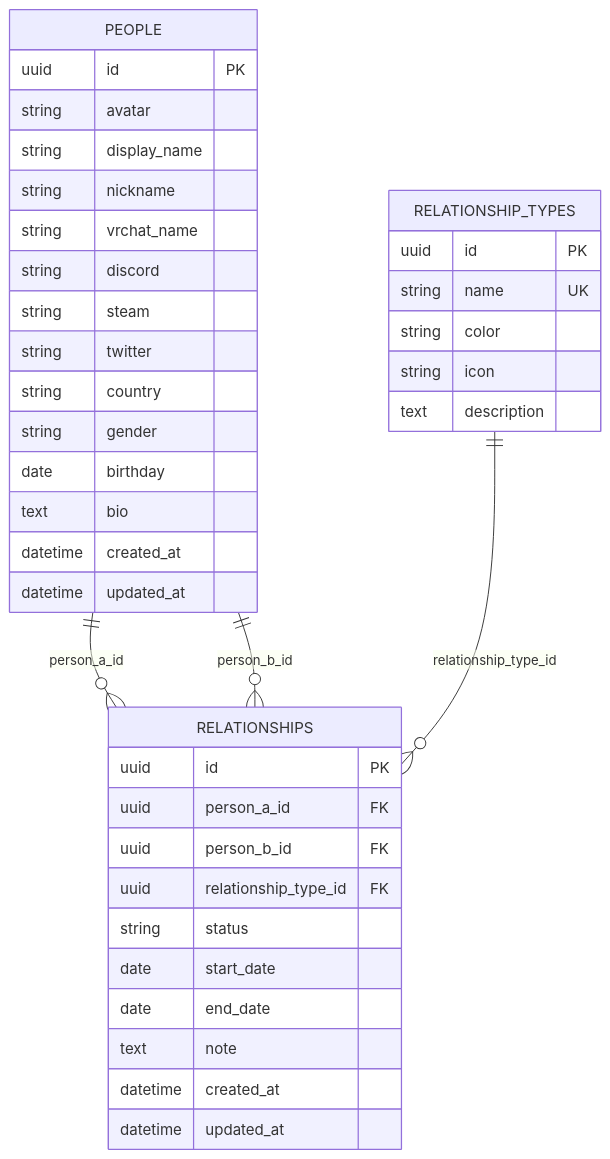
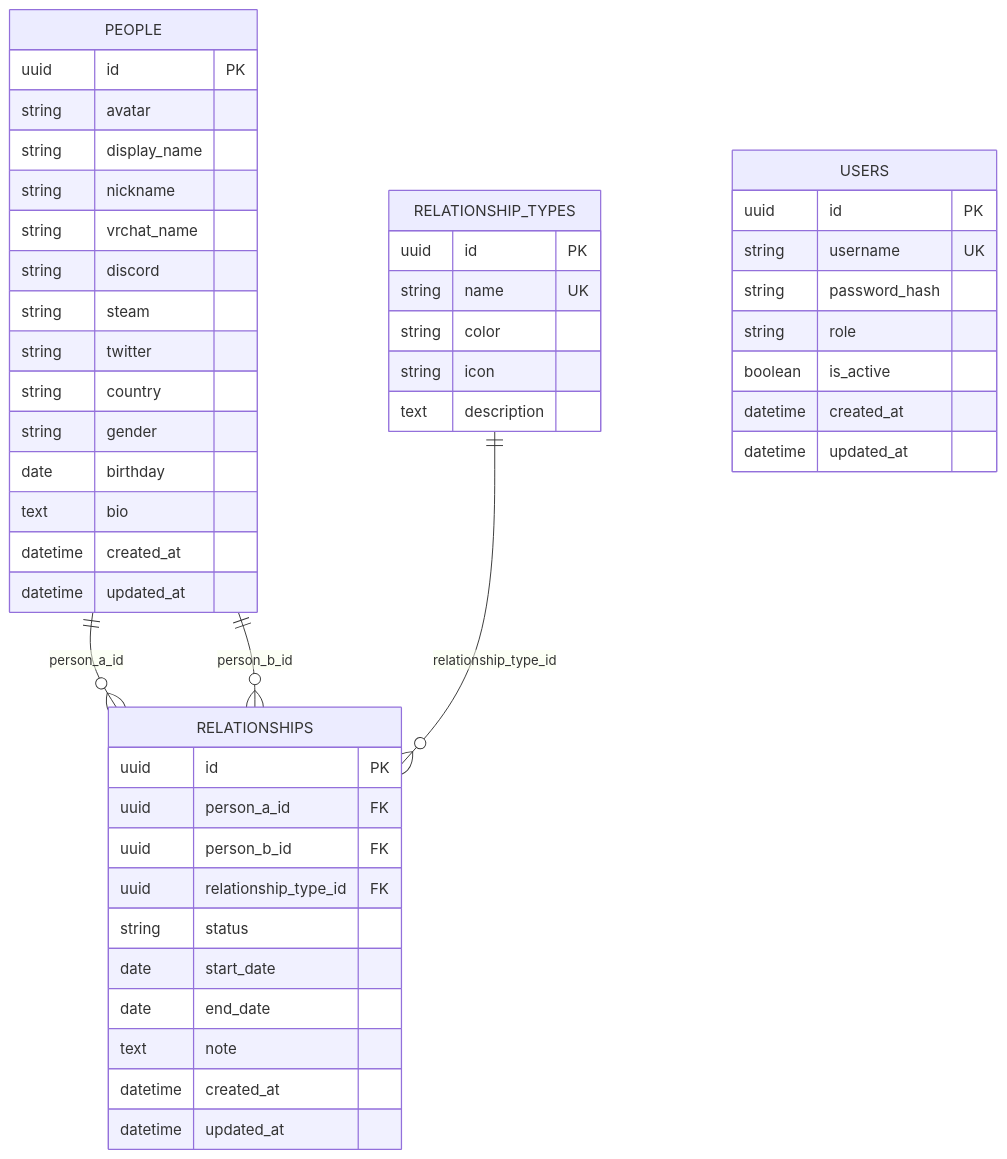
Before and after one commit to PBEW/relationship-graph: the diagram in relationship-graph/database/README.md, drawn with Mermaid. The commit also changed other lines of this file and 43 other files, not shown here.

First line of the commit message:
Add multi-user auth, gate the whole site behind login, and add graph type filters

````diff
--- a/relationship-graph/database/README.md
+++ b/relationship-graph/database/README.md
@@ -7,44 +7,54 @@
 ```mermaid
 erDiagram
     PEOPLE ||--o{ RELATIONSHIPS : "person_a_id"
     PEOPLE ||--o{ RELATIONSHIPS : "person_b_id"
     RELATIONSHIP_TYPES ||--o{ RELATIONSHIPS : "relationship_type_id"
+
+    USERS {
+        uuid id PK
+        string username UK
+        string password_hash
+        string role
+        boolean is_active
+        datetime created_at
+        datetime updated_at
+    }
 
     PEOPLE {
         uuid id PK
         string avatar
         string display_name
         string nickname
         string vrchat_name
         string discord
         string steam
         string twitter
         string country
         string gender
         date birthday
         text bio
         datetime created_at
         datetime updated_at
     }
 
     RELATIONSHIP_TYPES {
         uuid id PK
         string name UK
         string color
         string icon
         text description
     }
 
     RELATIONSHIPS {
         uuid id PK
         uuid person_a_id FK
         uuid person_b_id FK
         uuid relationship_type_id FK
         string status
         date start_date
         date end_date
         text note
         datetime created_at
         datetime updated_at
     }
 ```
````
